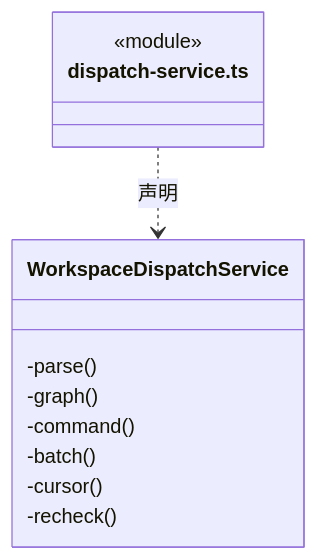
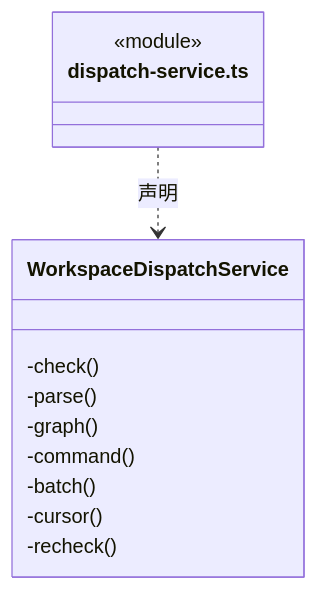
One commit to nan023062/cbim changed the fifth of 28 diagrams in src/backend/scheduler-engine/execution/ARCHITECTURE.md. Above: the diagram before and after it, drawn with Mermaid. The commit also changed other lines of this file and 47 other files, not shown here.

````diff
--- a/src/backend/scheduler-engine/execution/ARCHITECTURE.md
+++ b/src/backend/scheduler-engine/execution/ARCHITECTURE.md
@@ -168,15 +168,16 @@
 ```mermaid
 classDiagram
 class N_src_backend_scheduler_engine_execution_dispatch_service_ts["dispatch-service.ts"] {
   <<module>>
 }
 class N_src_backend_scheduler_engine_execution_dispatch_service_ts_WorkspaceDispatchService["WorkspaceDispatchService"] {
+  -check()
   -parse()
   -graph()
   -command()
   -batch()
   -cursor()
   -recheck()
 }
 N_src_backend_scheduler_engine_execution_dispatch_service_ts ..> N_src_backend_scheduler_engine_execution_dispatch_service_ts_WorkspaceDispatchService : 声明
 ```
````
